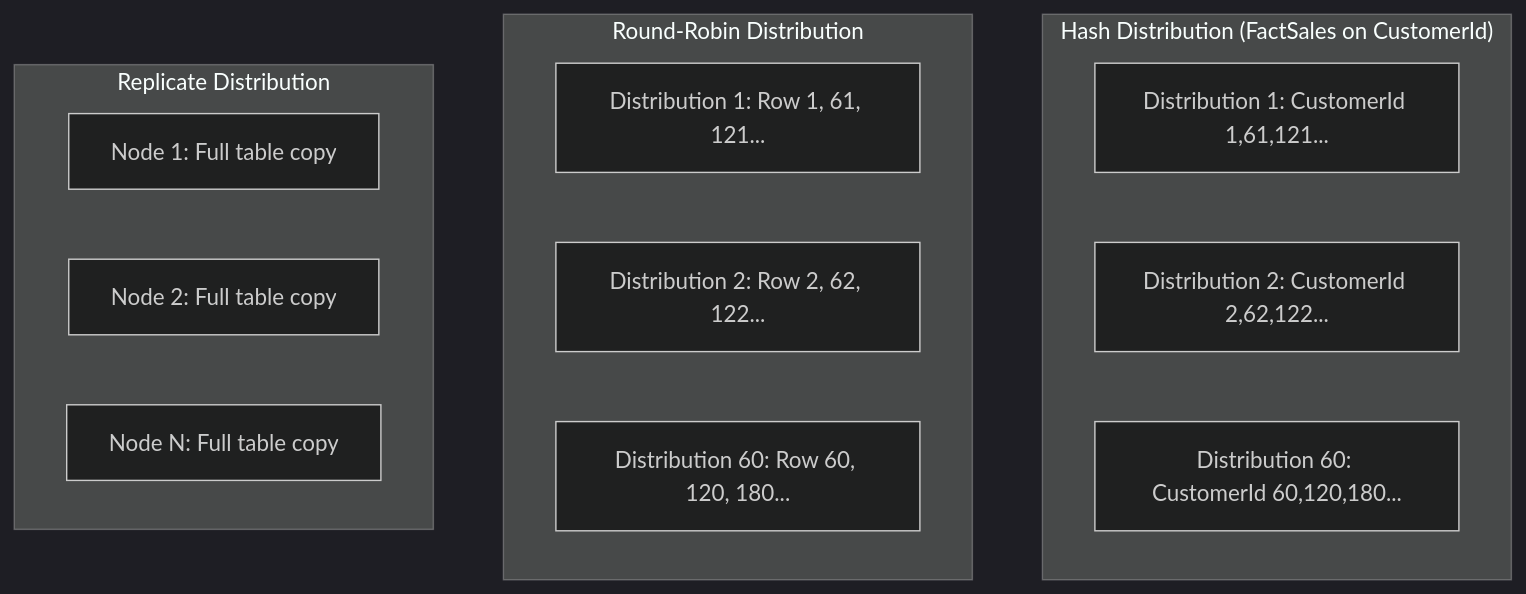
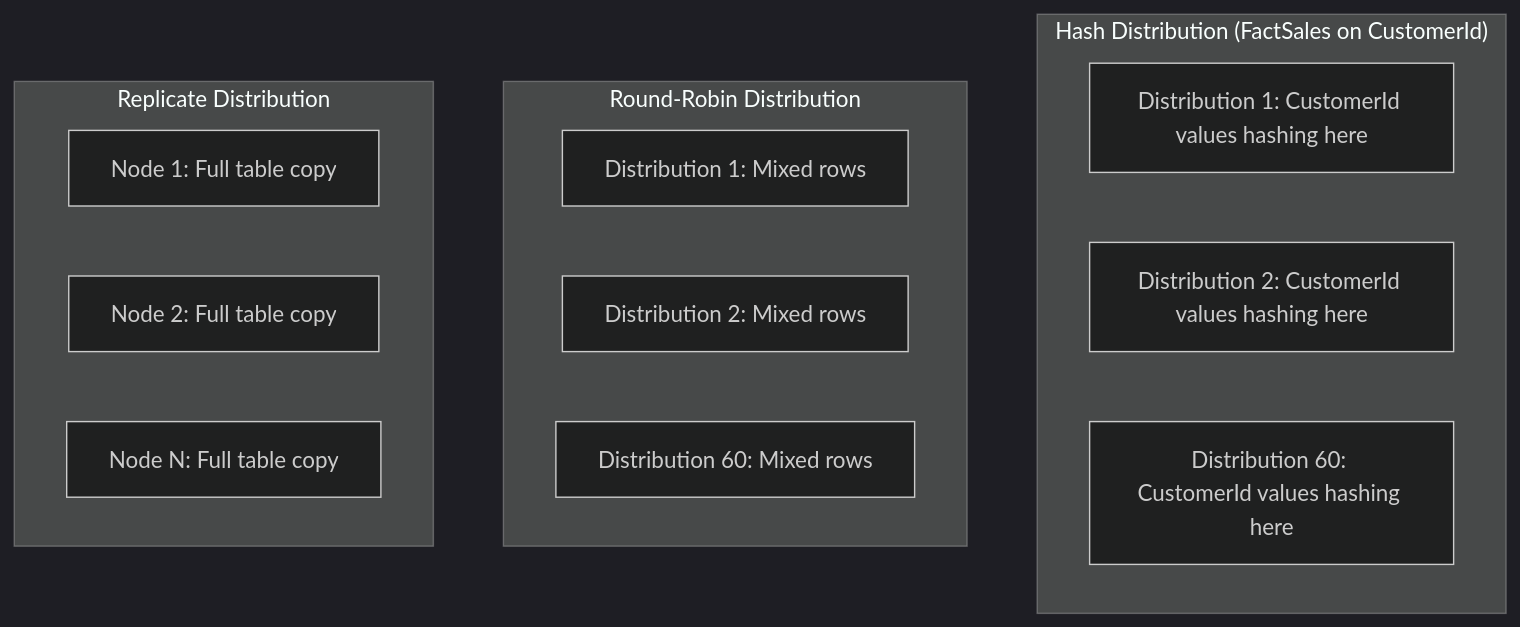
One commit to OneUptime/blog changed the diagram in posts/2026-02-16-how-to-optimize-query-performance-in-azure-synapse-dedicated-sql-pool-with-distribution-keys/README.md. Above: the diagram before and after it, drawn with Mermaid (dark theme). The commit also changed other lines of this file and 2 other files, not shown here.

Commit message:
validate: 2026-02-16-how-to-optimize-query-performance-in-azure-synapse-dedicated-sql-pool-with-distribution-keys

````diff
--- a/posts/2026-02-16-how-to-optimize-query-performance-in-azure-synapse-dedicated-sql-pool-with-distribution-keys/README.md
+++ b/posts/2026-02-16-how-to-optimize-query-performance-in-azure-synapse-dedicated-sql-pool-with-distribution-keys/README.md
@@ -21,20 +21,20 @@
 ```mermaid
 graph TD
     subgraph "Hash Distribution (FactSales on CustomerId)"
-        H1[Distribution 1: CustomerId 1,61,121...]
-        H2[Distribution 2: CustomerId 2,62,122...]
-        H3[Distribution 60: CustomerId 60,120,180...]
+        H1[Distribution 1: CustomerId values hashing here]
+        H2[Distribution 2: CustomerId values hashing here]
+        H3[Distribution 60: CustomerId values hashing here]
     end
 
     subgraph "Round-Robin Distribution"
-        R1[Distribution 1: Row 1, 61, 121...]
-        R2[Distribution 2: Row 2, 62, 122...]
-        R3[Distribution 60: Row 60, 120, 180...]
+        R1[Distribution 1: Mixed rows]
+        R2[Distribution 2: Mixed rows]
+        R3[Distribution 60: Mixed rows]
     end
 
     subgraph "Replicate Distribution"
         RP1[Node 1: Full table copy]
         RP2[Node 2: Full table copy]
         RP3[Node N: Full table copy]
     end
 ```
````
